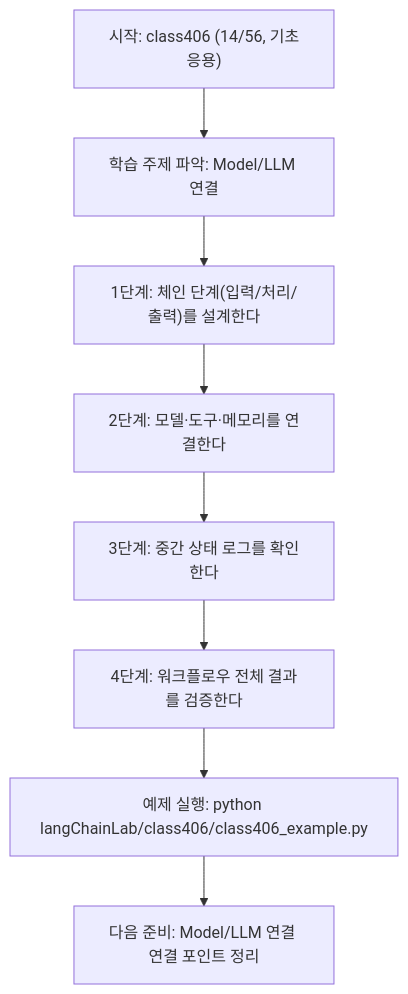
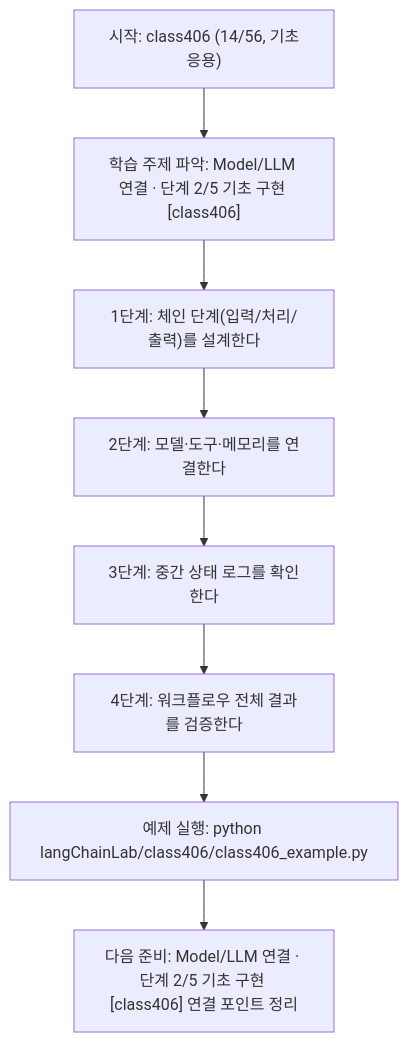
Before and after one commit to edumgt/Python-AI_Agent-Class: the diagram in langChainLab/class406/class406.md, drawn with Mermaid. The commit also changed other lines of this file and 522 other files, not shown here.

````diff
--- a/langChainLab/class406/class406.md
+++ b/langChainLab/class406/class406.md
@@ -109,18 +110,18 @@
 ```mermaid
 flowchart TD
 N1["시작: class406 (14/56, 기초응용)"]
-N2["학습 주제 파악: Model/LLM 연결"]
+N2["학습 주제 파악: Model/LLM 연결 · 단계 2/5 기초 구현 [class406]"]
 N3["1단계: 체인 단계(입력/처리/출력)를 설계한다"]
 N4["2단계: 모델·도구·메모리를 연결한다"]
 N5["3단계: 중간 상태 로그를 확인한다"]
 N6["4단계: 워크플로우 전체 결과를 검증한다"]
 N7["예제 실행: python langChainLab/class406/class406_example.py"]
-N8["다음 준비: Model/LLM 연결 연결 포인트 정리"]
+N8["다음 준비: Model/LLM 연결 · 단계 2/5 기초 구현 [class406] 연결 포인트 정리"]
 N1 --> N2
 N2 --> N3
 N3 --> N4
 N4 --> N5
 N5 --> N6
 N6 --> N7
 N7 --> N8
 ```
````
